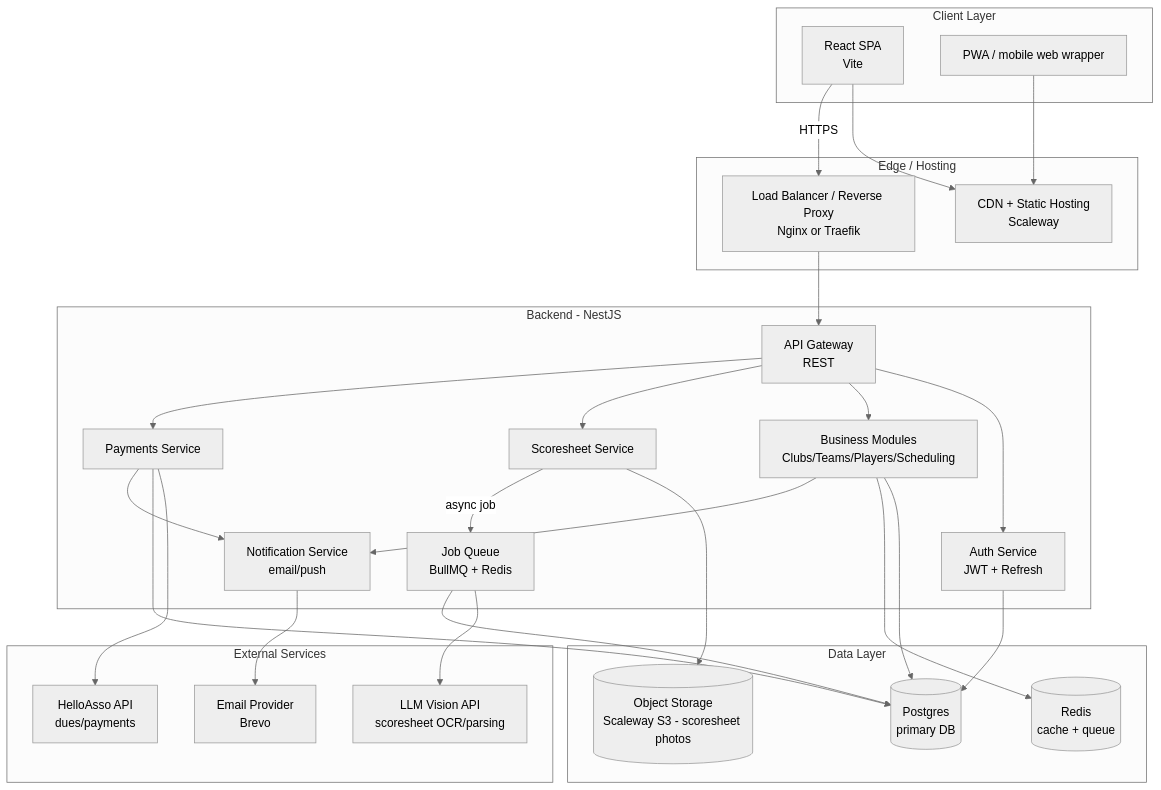
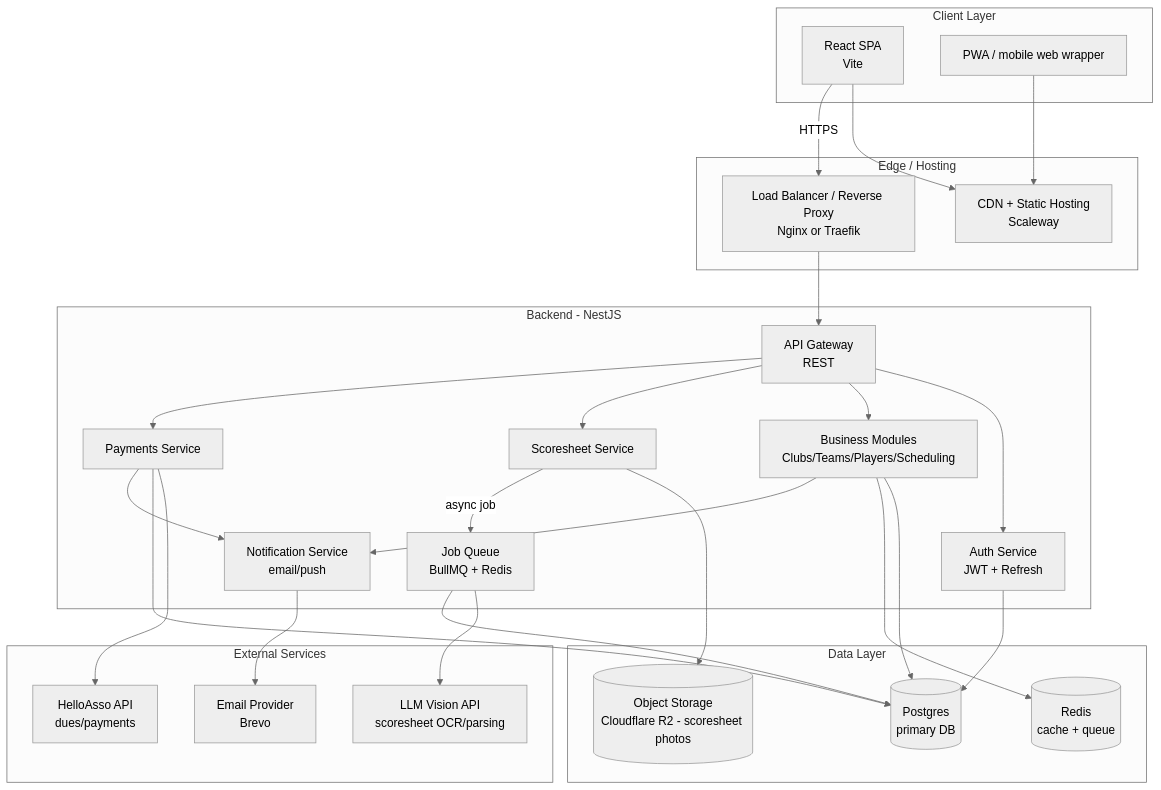
The first of 4 diagrams in docs/architecture.md (BasketEasy/BasketEasy), drawn with Mermaid before and after one commit. The commit also changed 11 other files, not shown here.

````diff
--- a/docs/architecture.md
+++ b/docs/architecture.md
@@ -5,56 +5,56 @@
 ```mermaid
 %%{init: {'theme': 'neutral'}}%%
 graph TB
   subgraph Client_Layer["Client Layer"]
     Web[React SPA<br/>Vite]
     PWA[PWA / mobile web wrapper]
   end
 
   subgraph Edge["Edge / Hosting"]
     CDN[CDN + Static Hosting<br/>Scaleway]
     LB[Load Balancer / Reverse Proxy<br/>Nginx or Traefik]
   end
 
   subgraph Backend_Layer["Backend - NestJS"]
     API[API Gateway<br/>REST]
     AuthSvc[Auth Service<br/>JWT + Refresh]
     Biz[Business Modules<br/>Clubs/Teams/Players/Scheduling]
     ScoreSvc[Scoresheet Service]
     PaySvc[Payments Service]
     Queue[Job Queue<br/>BullMQ + Redis]
     Notif[Notification Service<br/>email/push]
   end
 
   subgraph Data_Layer["Data Layer"]
     PG[(Postgres<br/>primary DB)]
     Redis[(Redis<br/>cache + queue)]
-    S3[(Object Storage<br/>Scaleway S3 - scoresheet photos)]
+    S3[(Object Storage<br/>Cloudflare R2 - scoresheet photos)]
   end
 
   subgraph External["External Services"]
     LLM[LLM Vision API<br/>scoresheet OCR/parsing]
     HelloAsso[HelloAsso API<br/>dues/payments]
     Email[Email Provider<br/>Brevo]
   end
 
   Web --> CDN
   PWA --> CDN
   Web -->|HTTPS| LB
   LB --> API
   API --> AuthSvc
   API --> Biz
   API --> ScoreSvc
   API --> PaySvc
   AuthSvc --> PG
   Biz --> PG
   Biz --> Redis
   ScoreSvc --> S3
   ScoreSvc -->|async job| Queue
   Queue --> LLM
   Queue --> PG
   PaySvc --> HelloAsso
   PaySvc --> PG
   Notif --> Email
   Biz --> Notif
   PaySvc --> Notif
 ```
````
